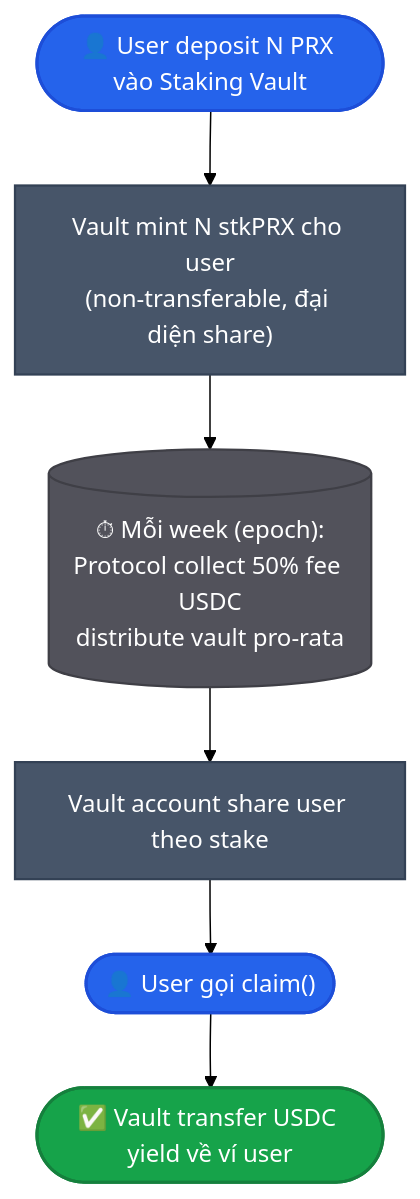
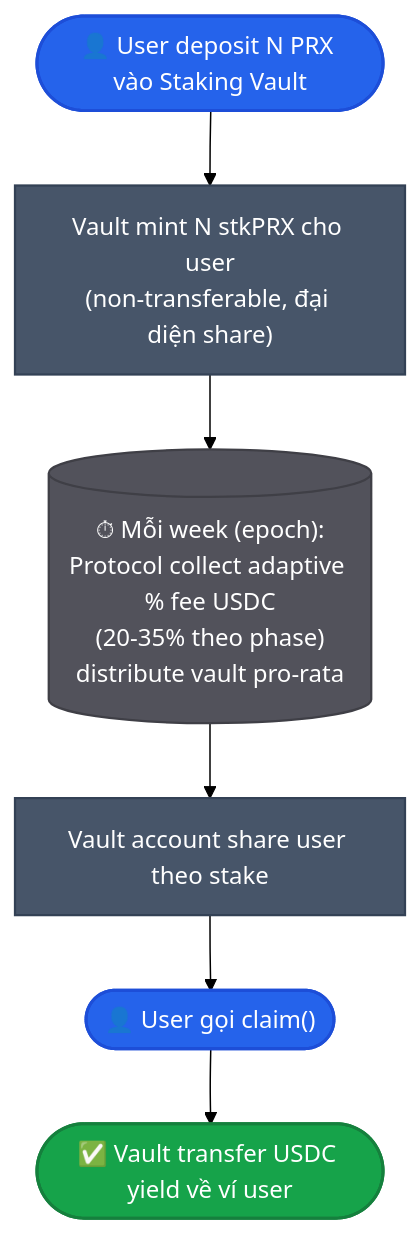
One commit to PrediX-Protocol/predix-docs changed the first of 3 diagrams in vi_v6/kinh-te/staking-real-yield.md. Above: the diagram before and after it, drawn with Mermaid (forest theme). The commit also changed other lines of this file and 11 other files, not shown here.

````diff
--- a/vi_v6/kinh-te/staking-real-yield.md
+++ b/vi_v6/kinh-te/staking-real-yield.md
@@ -7,18 +9,18 @@
 ```mermaid
 flowchart TD
     Start(["👤 User deposit N PRX vào Staking Vault"])
     Start --> S1["Vault mint N stkPRX cho user<br/>(non-transferable, đại diện share)"]
-    S1 --> Loop[("⏱ Mỗi week (epoch):<br/>Protocol collect 50% fee USDC<br/>distribute vault pro-rata")]
+    S1 --> Loop[("⏱ Mỗi week (epoch):<br/>Protocol collect adaptive % fee USDC<br/>(20-35% theo phase)<br/>distribute vault pro-rata")]
     Loop --> S2["Vault account share user theo stake"]
     S2 --> Claim(["👤 User gọi claim()"])
     Claim --> End(["✅ Vault transfer USDC yield về ví user"])
 
     classDef st fill:#2563eb,stroke:#1d4ed8,color:#fff,stroke-width:2px
     classDef step fill:#475569,stroke:#334155,color:#fff,stroke-width:1.5px
     classDef loop fill:#52525b,stroke:#3f3f46,color:#fff,stroke-width:1.5px
     classDef ok fill:#16a34a,stroke:#15803d,color:#fff,stroke-width:2px
     class Start,Claim st
     class S1,S2 step
     class Loop loop
     class End ok
 ```
````
